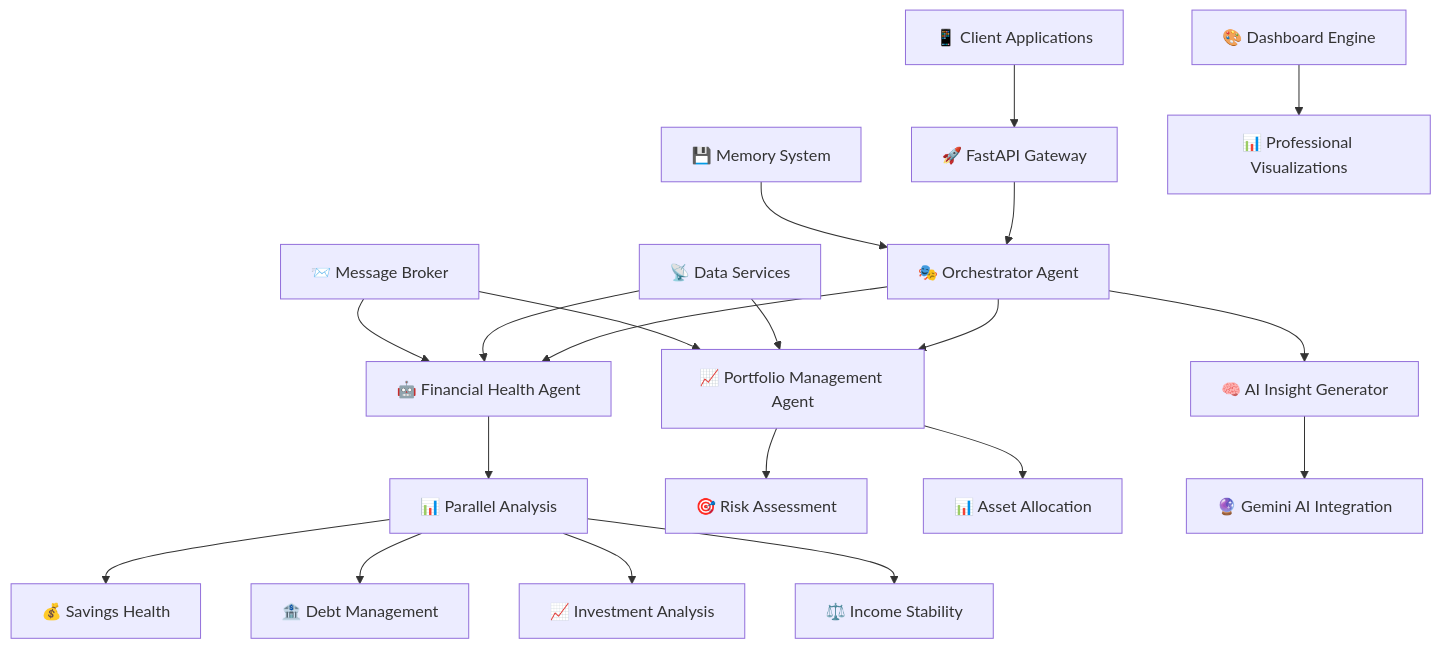
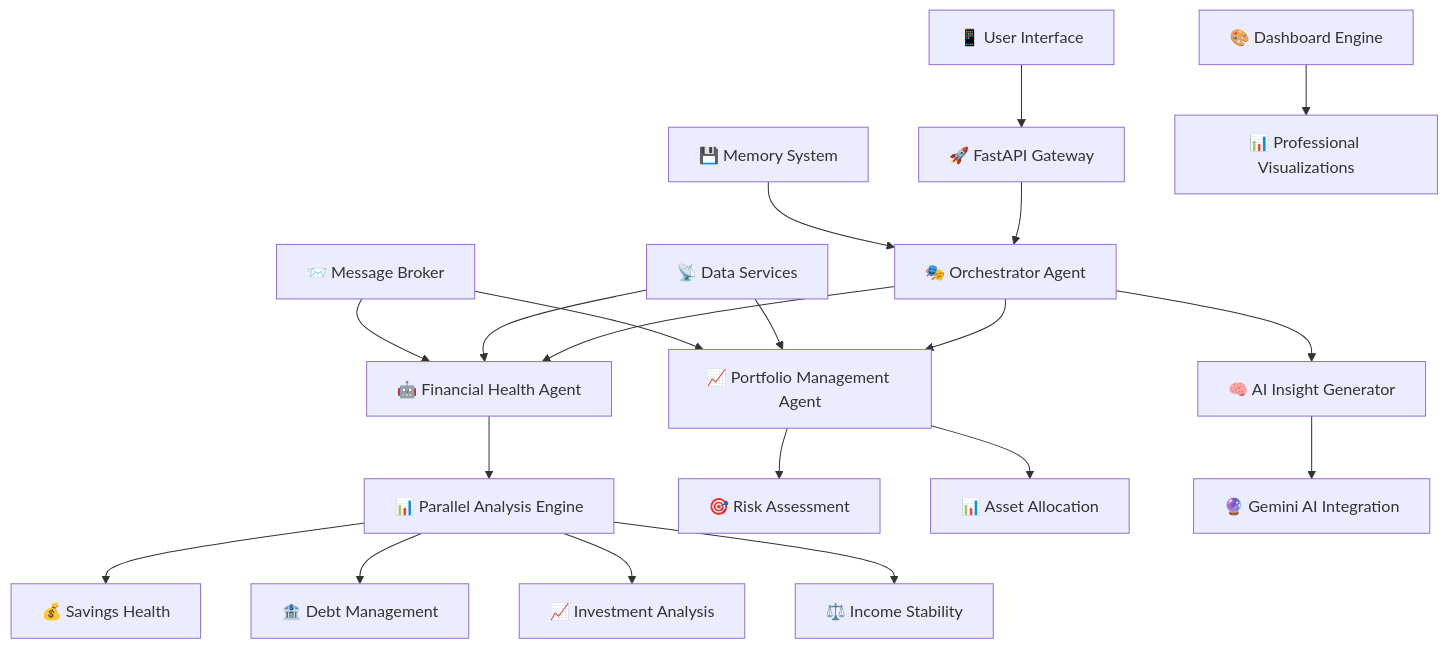
One commit to JayChavan01/Capstone-Project_Financial-Guardian-AI changed the diagram in README.md. Above: the diagram before and after it, drawn with Mermaid. The commit also changed other lines of this file, not shown here.

````diff
--- a/README.md
+++ b/README.md
@@ -88,28 +63,28 @@
 ```mermaid
 graph TB
-    A[📱 Client Applications] --> B[🚀 FastAPI Gateway]
+    A[📱 User Interface] --> B[🚀 FastAPI Gateway]
     B --> C[🎭 Orchestrator Agent]
     
     C --> D[🤖 Financial Health Agent]
     C --> E[📈 Portfolio Management Agent] 
     C --> F[🧠 AI Insight Generator]
     
-    D --> G[📊 Parallel Analysis]
+    D --> G[📊 Parallel Analysis Engine]
     G --> G1[💰 Savings Health]
     G --> G2[🏦 Debt Management]
     G --> G3[📈 Investment Analysis]
     G --> G4[⚖️ Income Stability]
     
     E --> H[🎯 Risk Assessment]
     E --> I[📊 Asset Allocation]
     
     F --> J[🔮 Gemini AI Integration]
     
     K[💾 Memory System] --> C
     L[📡 Data Services] --> D
     L --> E
     M[📨 Message Broker] --> D
     M --> E
     
     N[🎨 Dashboard Engine] --> O[📊 Professional Visualizations]
 ```
````
